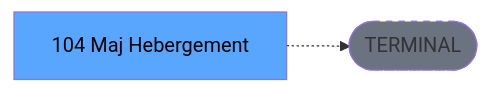
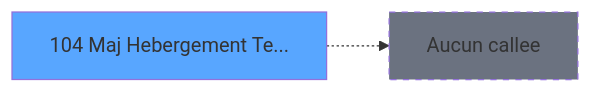
Before and after one commit to thonyAGP/lecteur-magic: the third of 3 diagrams in .openspec/specs/ADH-IDE-104.md, drawn with Mermaid. The commit also changed other lines of this file and 96 other files, not shown here.

````diff
--- a/.openspec/specs/ADH-IDE-104.md
+++ b/.openspec/specs/ADH-IDE-104.md
@@ -135,8 +178,8 @@
 ```mermaid
 graph LR
-    T[104 Maj Hebergement]
-    TERM([TERMINAL])
-    T -.-> TERM
-    style TERM fill:#6b7280,stroke-dasharray: 5 5
-    style T fill:#58a6ff,color:#000
+    T104[104 Maj Hebergement Te...]
+    style T104 fill:#58a6ff
+    NONE[Aucun callee]
+    T104 -.-> NONE
+    style NONE fill:#6b7280,stroke-dasharray: 5 5
 ```
````
